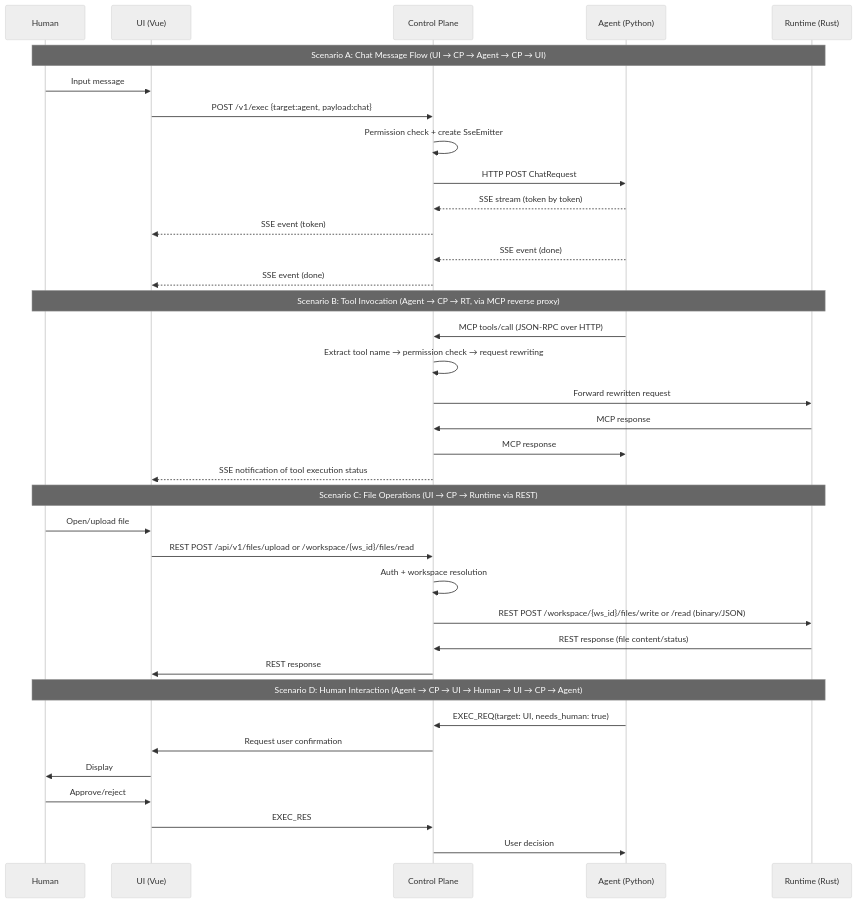
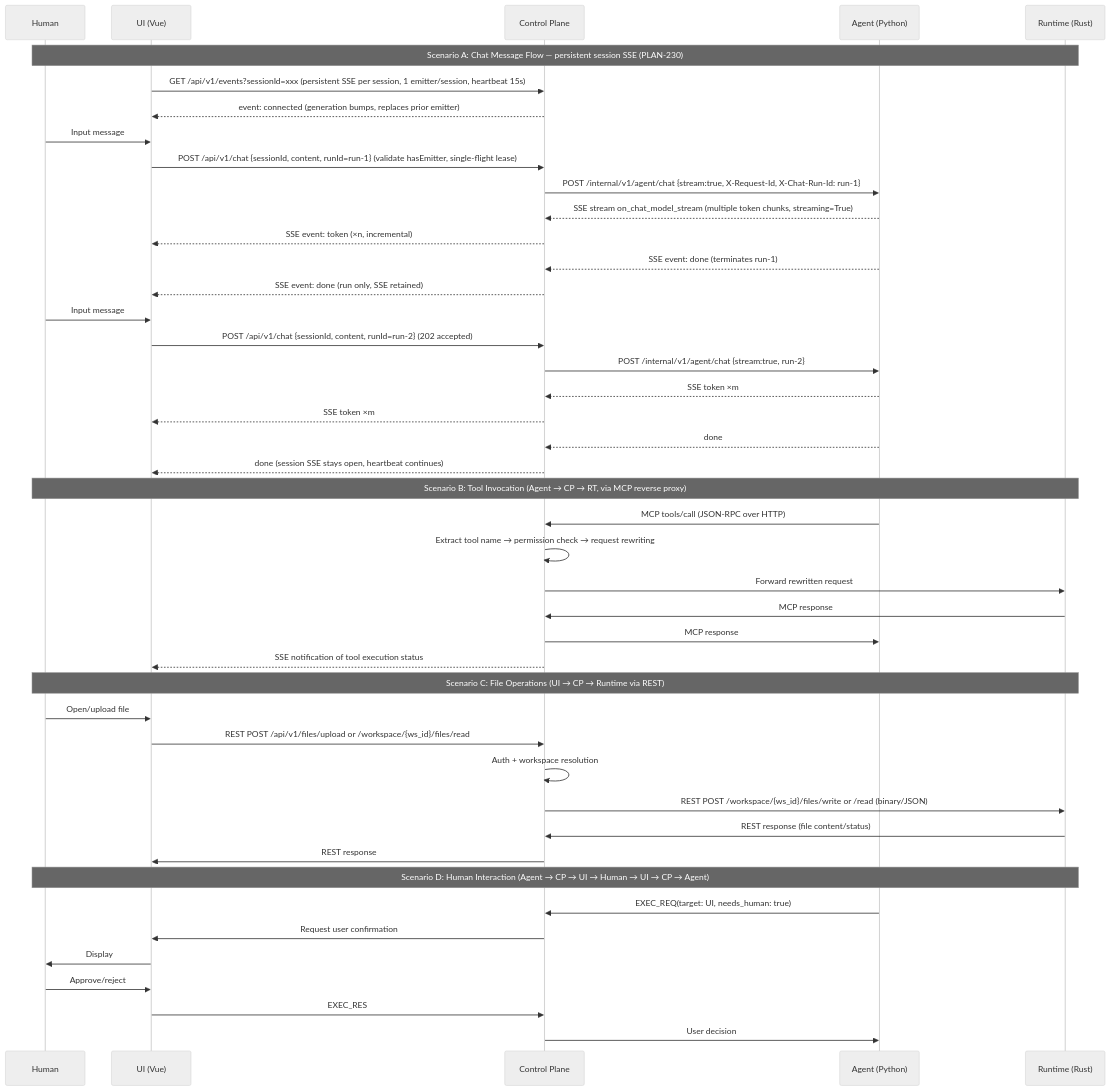
Before and after one commit to cc01cc/xihe-project: the first of 2 diagrams in docs/i18n/en/DEV-001-system-architecture.md, drawn with Mermaid. The commit also changed other lines of this file and 32 other files, not shown here.

Commit message:
feat(runtime): PLAN-235 per-request exec + rustix + jobs

````diff
--- a/docs/i18n/en/DEV-001-system-architecture.md
+++ b/docs/i18n/en/DEV-001-system-architecture.md
@@ -214,43 +218,51 @@
 ```mermaid
 %%{init: {'theme': 'neutral'}}%%
 sequenceDiagram
   participant Human
   participant UI as UI (Vue)
   participant CP as Control Plane
   participant Agent as Agent (Python)
   participant RT as Runtime (Rust)
 
-  Note over Human,RT: Scenario A: Chat Message Flow (UI → CP → Agent → CP → UI)
-  Human->>UI: Input message
-  UI->>CP: POST /v1/exec {target:agent, payload:chat}
-  CP->>CP: Permission check + create SseEmitter
-  CP->>Agent: HTTP POST ChatRequest
-  Agent-->>CP: SSE stream (token by token)
-  CP-->>UI: SSE event (token)
-  Agent-->>CP: SSE event (done)
-  CP-->>UI: SSE event (done)
+  Note over Human,RT: Scenario A: Chat Message Flow — persistent session SSE (PLAN-230)
+  UI->>CP: GET /api/v1/events?sessionId=xxx (persistent SSE per session, 1 emitter/session, heartbeat 15s)
+  CP-->>UI: event: connected (generation bumps, replaces prior emitter)
+  Human->>UI: Input message #1
+  UI->>CP: POST /api/v1/chat {sessionId, content, runId=run-1} (validate hasEmitter, single-flight lease)
+  CP->>Agent: POST /internal/v1/agent/chat {stream:true, X-Request-Id, X-Chat-Run-Id: run-1}
+  Agent-->>CP: SSE stream on_chat_model_stream (multiple token chunks, streaming=True)
+  CP-->>UI: SSE event: token (×n, incremental)
+  Agent-->>CP: SSE event: done (terminates run-1)
+  CP-->>UI: SSE event: done (run only, SSE retained)
+  Human->>UI: Input message #2 (reuses same SSE, no reconnect needed)
+  UI->>CP: POST /api/v1/chat {sessionId, content, runId=run-2} (202 accepted)
+  CP->>Agent: POST /internal/v1/agent/chat {stream:true, run-2}
+  Agent-->>CP: SSE token ×m
+  CP-->>UI: SSE token ×m
+  Agent-->>CP: done
+  CP-->>UI: done (session SSE stays open, heartbeat continues)
 
   Note over Human,RT: Scenario B: Tool Invocation (Agent → CP → RT, via MCP reverse proxy)
   Agent->>CP: MCP tools/call (JSON-RPC over HTTP)
   CP->>CP: Extract tool name → permission check → request rewriting
   CP->>RT: Forward rewritten request
   RT->>CP: MCP response
   CP->>Agent: MCP response
   CP-->>UI: SSE notification of tool execution status
 
   Note over Human,RT: Scenario C: File Operations (UI → CP → Runtime via REST)
   Human->>UI: Open/upload file
   UI->>CP: REST POST /api/v1/files/upload or /workspace/{ws_id}/files/read
   CP->>CP: Auth + workspace resolution
   CP->>RT: REST POST /workspace/{ws_id}/files/write or /read (binary/JSON)
   RT->>CP: REST response (file content/status)
   CP->>UI: REST response
 
   Note over Human,RT: Scenario D: Human Interaction (Agent → CP → UI → Human → UI → CP → Agent)
   Agent->>CP: EXEC_REQ(target: UI, needs_human: true)
   CP->>UI: Request user confirmation
   UI->>Human: Display
   Human->>UI: Approve/reject
   UI->>CP: EXEC_RES
   CP->>Agent: User decision
 ```
````
